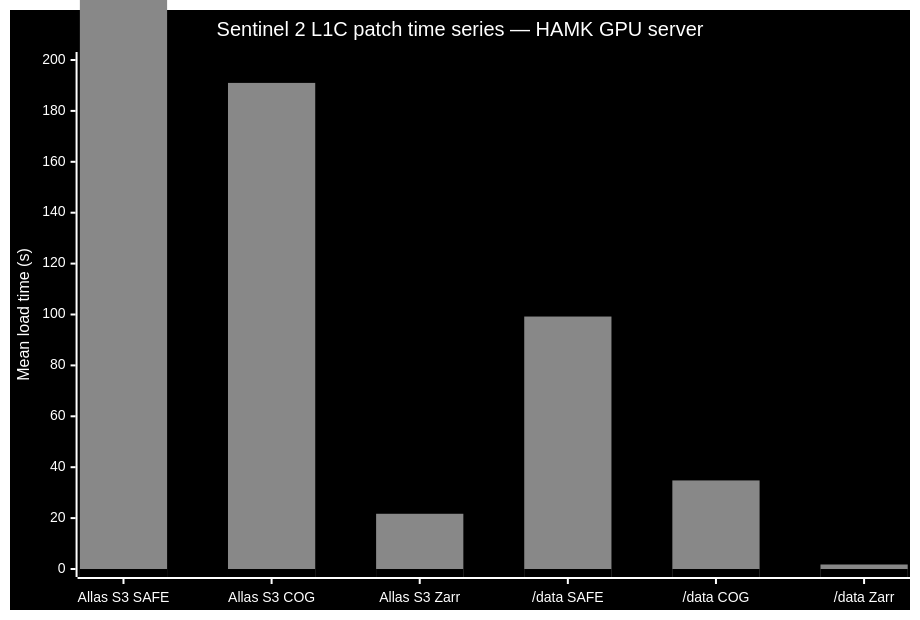
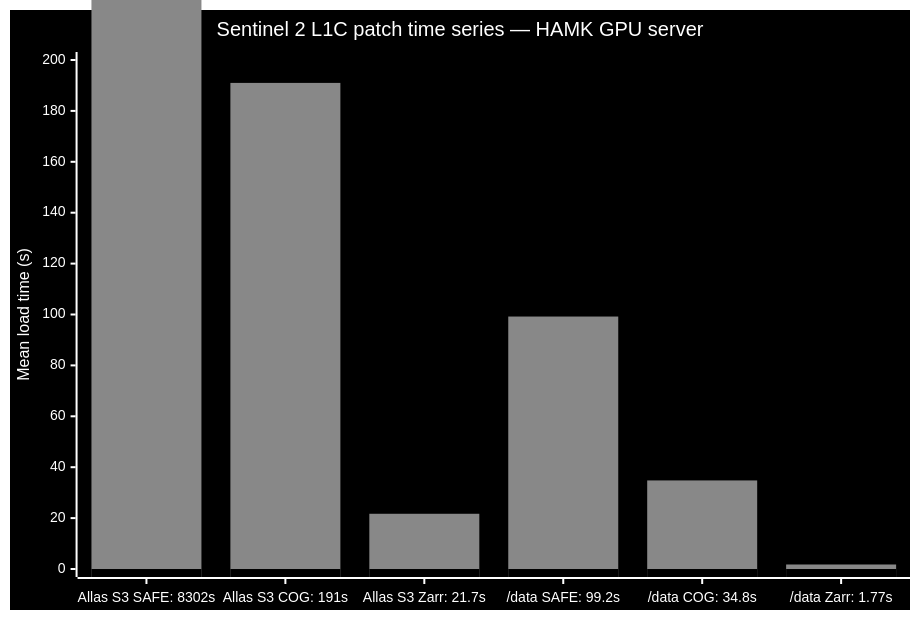
One commit to hamk-uas/datacube-storage-lab changed the second of 3 diagrams in README.md. Above: the diagram before and after it, drawn with Mermaid. The commit also changed other lines of this file, not shown here.

````diff
--- a/README.md
+++ b/README.md
@@ -33,28 +33,28 @@
 ```mermaid
 ---
 config:
     xyChart:
         width: 900
         height: 600
     themeVariables:
         xyChart:
             backgroundColor: "#000"
             titleColor: "#fff"
             xAxisLabelColor: "#fff"
             xAxisTitleColor: "#fff"
             xAxisTickColor: "#fff"
             xAxisLineColor: "#fff"
             yAxisLabelColor: "#fff"
             yAxisTitleColor: "#fff"
             yAxisTickColor: "#fff"
             yAxisLineColor: "#fff"
             plotColorPalette: "#888, #000"
 ---
 xychart-beta
     title "Sentinel 2 L1C patch time series — HAMK GPU server"
-    x-axis ["Allas S3 SAFE", "Allas S3 COG", "Allas S3 Zarr", "/data SAFE", "/data COG", "/data Zarr"]
+    x-axis ["Allas S3 SAFE: 8302s", "Allas S3 COG: 191s", "Allas S3 Zarr: 21.7s", "/data SAFE: 99.2s", "/data COG: 34.8s", "/data Zarr: 1.77s"]
     y-axis "Mean load time (s)" 0 --> 200
     bar [8302, 191, 21.7, 99.2, 34.8, 1.77]
     bar [0, 0, 0, 0, 0, 0]
     
 ```
````
